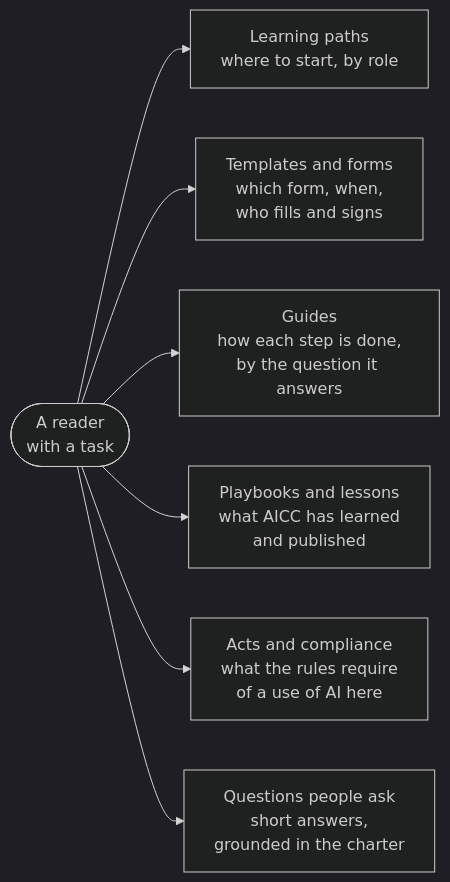
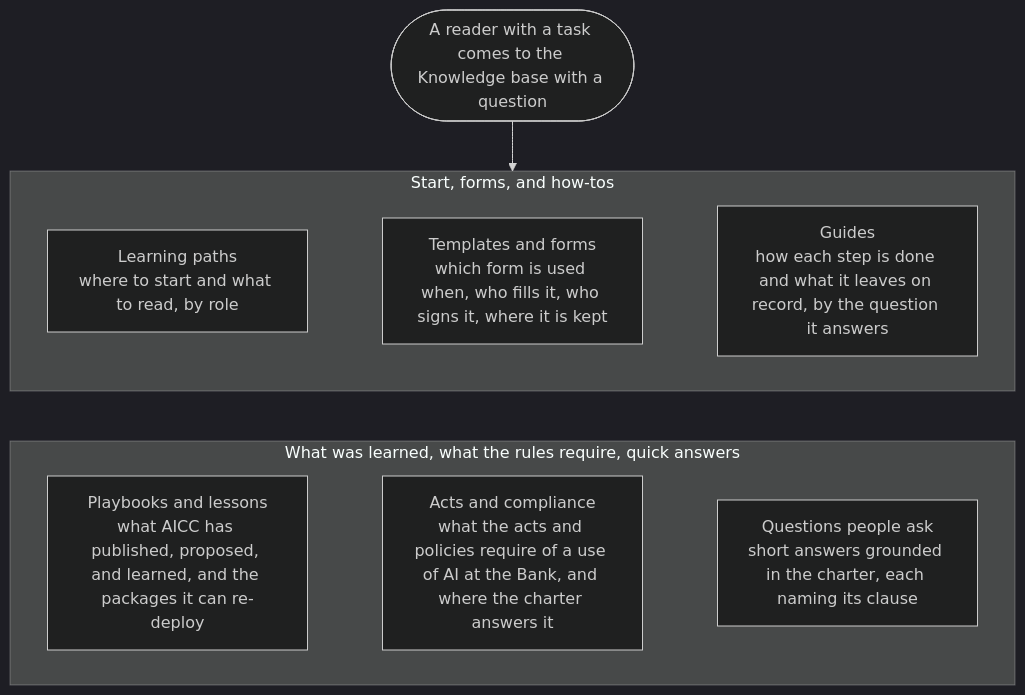
One commit to devhogu/ob-aicc changed the diagram in portal/content/knowledge-base/overview.md. Above: the diagram before and after it, drawn with Mermaid (dark theme). The commit also changed 94 other files, not shown here.

Commit message:
Portal: wider diagram boxes, the Knowledge base figure in two rows

````diff
--- a/portal/content/knowledge-base/overview.md
+++ b/portal/content/knowledge-base/overview.md
@@ -7,9 +7,14 @@
 ```mermaid
-flowchart LR
-  Q(["A reader<br/>with a task"]) --> L["Learning paths<br/>where to start, by role"]
-  Q --> T["Templates and forms<br/>which form, when,<br/>who fills and signs"]
-  Q --> G["Guides<br/>how each step is done,<br/>by the question it answers"]
-  Q --> P["Playbooks and lessons<br/>what AICC has learned<br/>and published"]
-  Q --> A["Acts and compliance<br/>what the rules require<br/>of a use of AI here"]
-  Q --> F["Questions people ask<br/>short answers,<br/>grounded in the charter"]
+flowchart TB
+  Q(["A reader with a task comes to the Knowledge base with a question"])
+  subgraph ROW1["Start, forms, and how-tos"]
+    direction LR
+    L["Learning paths<br/>where to start and what to read, by role"] ~~~ T["Templates and forms<br/>which form is used when, who fills it, who signs it, where it is kept"] ~~~ G["Guides<br/>how each step is done and what it leaves on record, by the question it answers"]
+  end
+  subgraph ROW2["What was learned, what the rules require, quick answers"]
+    direction LR
+    P["Playbooks and lessons<br/>what AICC has published, proposed, and learned, and the packages it can re-deploy"] ~~~ A["Acts and compliance<br/>what the acts and policies require of a use of AI at the Bank, and where the charter answers it"] ~~~ F["Questions people ask<br/>short answers grounded in the charter, each naming its clause"]
+  end
+  Q --> ROW1
+  ROW1 ~~~ ROW2
 ```
````
